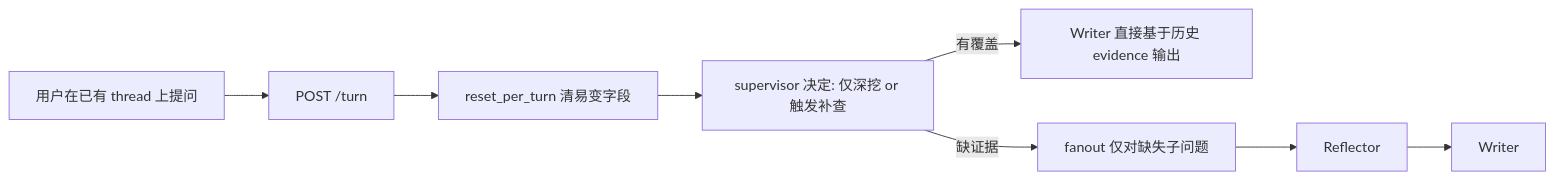
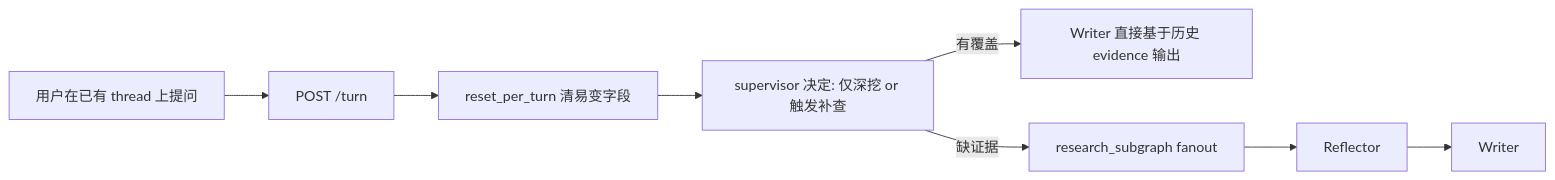
Before and after one commit to StevenLZM/LangGraph-Claude: the fourth of 5 diagrams in 03_MULTI_AGENT/ENGINEERING.md, drawn with Mermaid. The commit also changed other lines of this file and 16 other files, not shown here.

````diff
--- a/03_MULTI_AGENT/ENGINEERING.md
+++ b/03_MULTI_AGENT/ENGINEERING.md
@@ -590,9 +605,9 @@
 ```mermaid
 flowchart LR
     A[用户在已有 thread 上提问] --> B[POST /turn]
     B --> C[reset_per_turn 清易变字段]
     C --> D[supervisor 决定: 仅深挖 or 触发补查]
     D -->|有覆盖| E[Writer 直接基于历史 evidence 输出]
-    D -->|缺证据| F[fanout 仅对缺失子问题]
+    D -->|缺证据| F[research_subgraph fanout]
     F --> Reflector --> Writer
 ```
````
